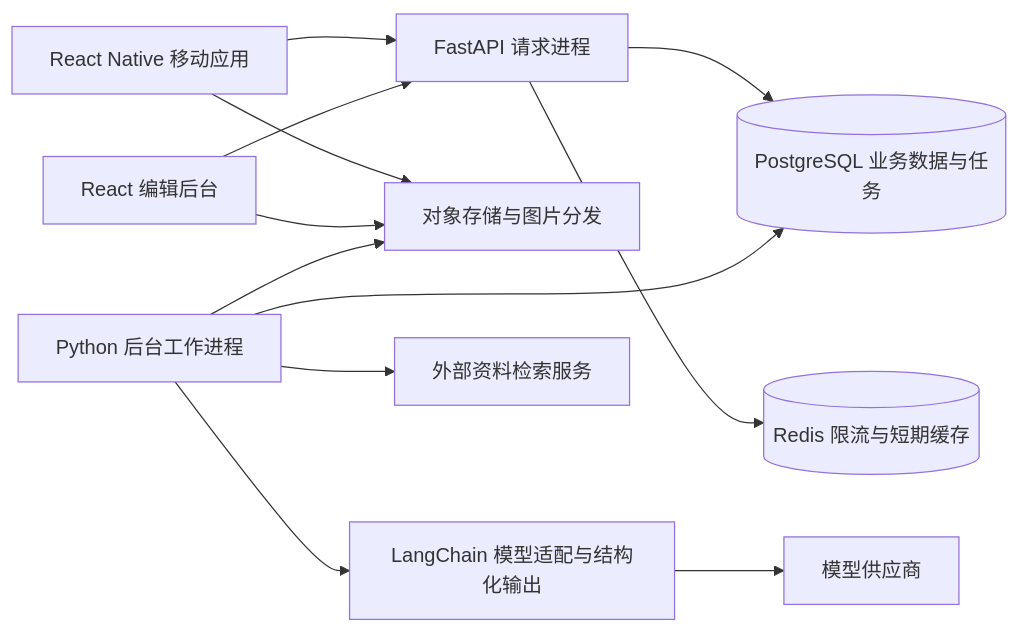
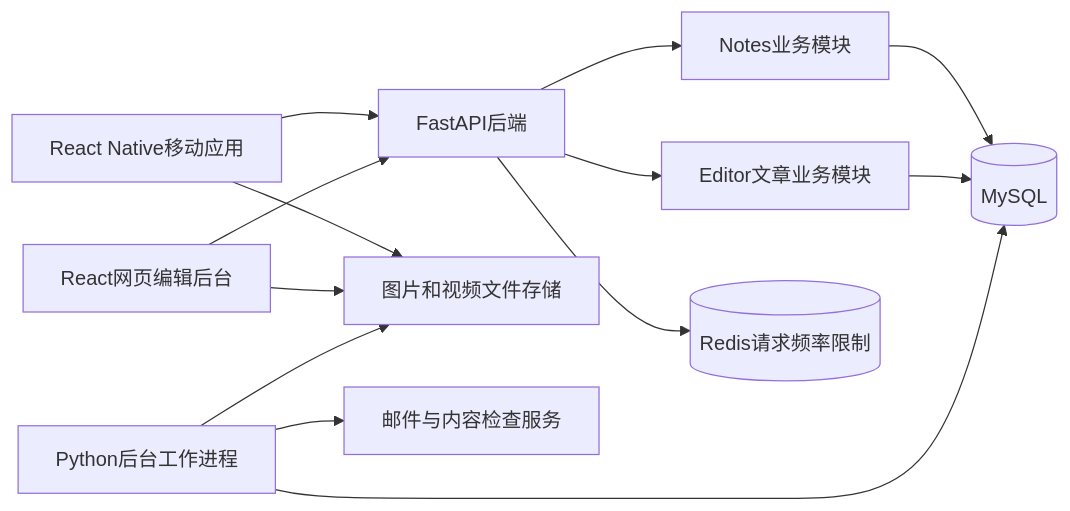
One commit to Hexthebaldy/Marcus changed the diagram in docs/architecture/01-system-design.md. Above: the diagram before and after it, drawn with Mermaid. The commit also changed other lines of this file and 5 other files, not shown here.

````diff
--- a/docs/architecture/01-system-design.md
+++ b/docs/architecture/01-system-design.md
@@ -31,14 +77,15 @@
 ```mermaid
 flowchart LR
-  M[React Native 移动应用] --> A[FastAPI 请求进程]
-  E[React 编辑后台] --> A
-  M --> O[对象存储与图片分发]
+  M[React Native移动应用] --> A[FastAPI后端]
+  E[React网页编辑后台] --> A
+  A --> N[Notes业务模块]
+  A --> C[Editor文章业务模块]
+  N --> D[(MySQL)]
+  C --> D
+  A --> R[(Redis请求频率限制)]
+  M --> O[图片和视频文件存储]
   E --> O
-  A --> P[(PostgreSQL 业务数据与任务)]
-  A --> R[(Redis 限流与短期缓存)]
-  W[Python 后台工作进程] --> P
+  W[Python后台工作进程] --> D
   W --> O
-  W --> L[LangChain 模型适配与结构化输出]
-  L --> V[模型供应商]
-  W --> S[外部资料检索服务]
+  W --> S[邮件与内容检查服务]
 ```
````
